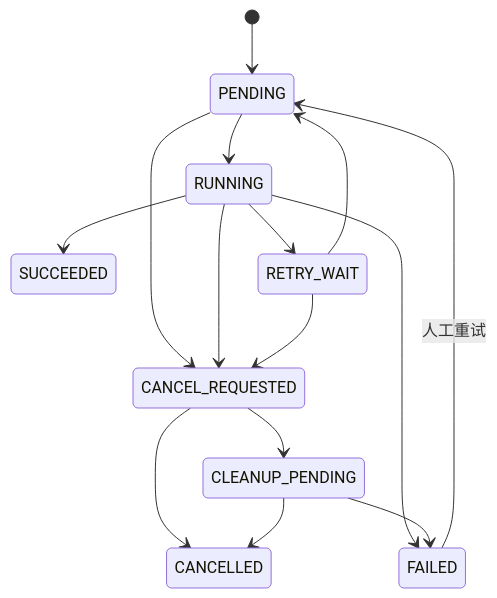
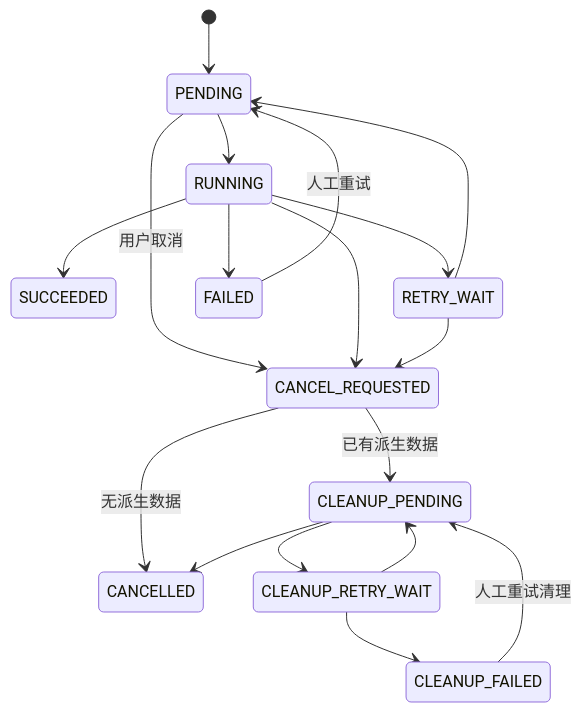
The eighth of 9 diagrams in doc/03-RAG知识库平台系统设计说明书.md (nocodig/rag_base), drawn with Mermaid before and after one commit. The commit also changed other lines of this file and 5 other files, not shown here.

```diff
--- a/doc/03-RAG知识库平台系统设计说明书.md
+++ b/doc/03-RAG知识库平台系统设计说明书.md
@@ -751,17 +845,20 @@
 ~~~mermaid
 stateDiagram-v2
     [*] --> PENDING
     PENDING --> RUNNING
     RUNNING --> SUCCEEDED
     RUNNING --> RETRY_WAIT
     RETRY_WAIT --> PENDING
     RUNNING --> FAILED
     FAILED --> PENDING : 人工重试
-    PENDING --> CANCEL_REQUESTED
+    PENDING --> CANCEL_REQUESTED : 用户取消
     RUNNING --> CANCEL_REQUESTED
     RETRY_WAIT --> CANCEL_REQUESTED
-    CANCEL_REQUESTED --> CANCELLED
-    CANCEL_REQUESTED --> CLEANUP_PENDING
+    CANCEL_REQUESTED --> CANCELLED : 无派生数据
+    CANCEL_REQUESTED --> CLEANUP_PENDING : 已有派生数据
     CLEANUP_PENDING --> CANCELLED
-    CLEANUP_PENDING --> FAILED
+    CLEANUP_PENDING --> CLEANUP_RETRY_WAIT
+    CLEANUP_RETRY_WAIT --> CLEANUP_PENDING
+    CLEANUP_RETRY_WAIT --> CLEANUP_FAILED
+    CLEANUP_FAILED --> CLEANUP_PENDING : 人工重试清理
 ~~~
```
